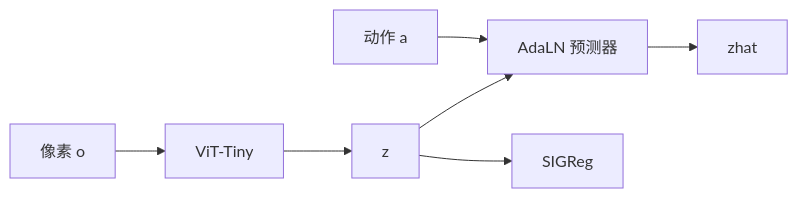
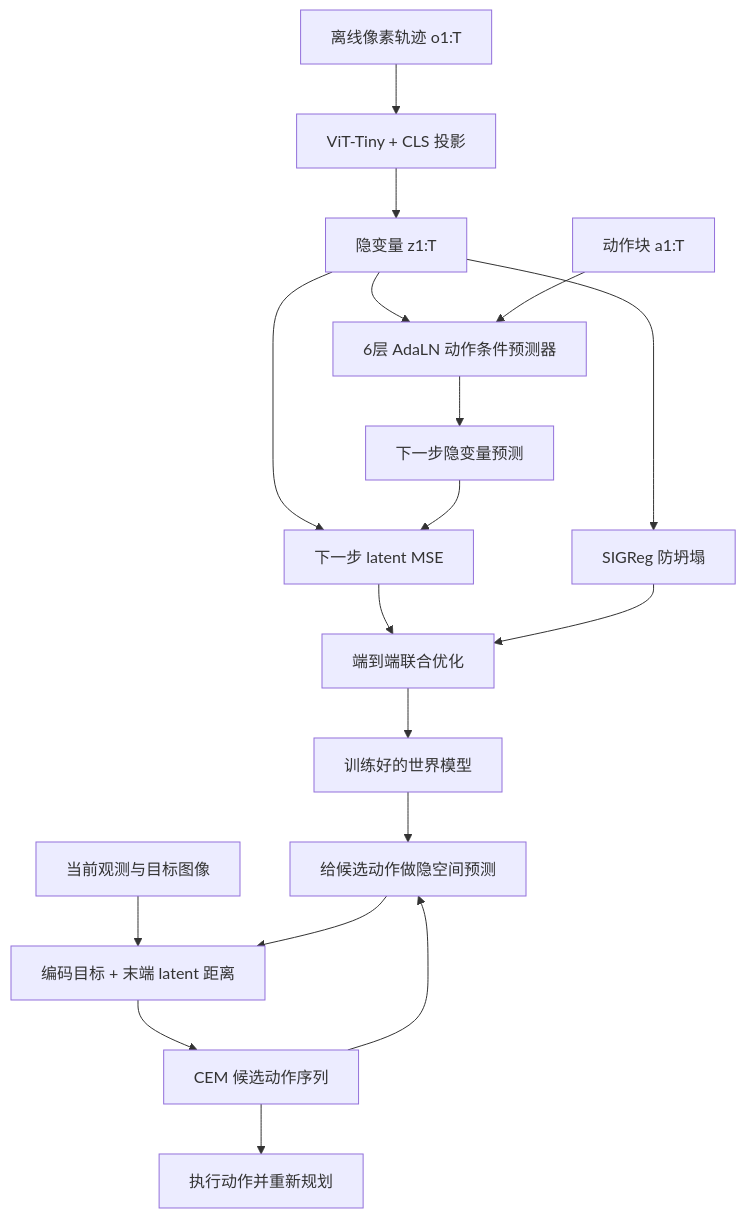
The first of 2 diagrams in wiki/entities/paper-lewm.md (ImChong/Robotics_Notebooks), drawn with Mermaid before and after one commit. The commit also changed other lines of this file, not shown here.

````diff
--- a/wiki/entities/paper-lewm.md
+++ b/wiki/entities/paper-lewm.md
@@ -73,9 +75,20 @@
 ```mermaid
-flowchart LR
-  O[像素 o] --> Enc[ViT-Tiny]
-  Enc --> Z[z]
-  Z --> Pred[AdaLN 预测器]
-  A[动作 a] --> Pred
-  Pred --> Zhat["zhat"]
-  Z --> SIG[SIGReg]
+flowchart TD
+  O["离线像素轨迹 o1:T"] --> Enc["ViT-Tiny + CLS 投影"]
+  Enc --> Z["隐变量 z1:T"]
+  Z --> Pred["6层 AdaLN 动作条件预测器"]
+  A["动作块 a1:T"] --> Pred
+  Pred --> Zhat["下一步隐变量预测"]
+  Z --> MSE["下一步 latent MSE"]
+  Zhat --> MSE
+  Z --> SIG["SIGReg 防坍塌"]
+  MSE --> Joint["端到端联合优化"]
+  SIG --> Joint
+  NewObs["当前观测与目标图像"] --> Cost["编码目标 + 末端 latent 距离"]
+  Joint --> Freeze["训练好的世界模型"]
+  Freeze --> Roll["给候选动作做隐空间预测"]
+  CEM["CEM 候选动作序列"] --> Roll
+  Roll --> Cost
+  Cost --> CEM
+  CEM --> Execute["执行动作并重新规划"]
 ```
````
